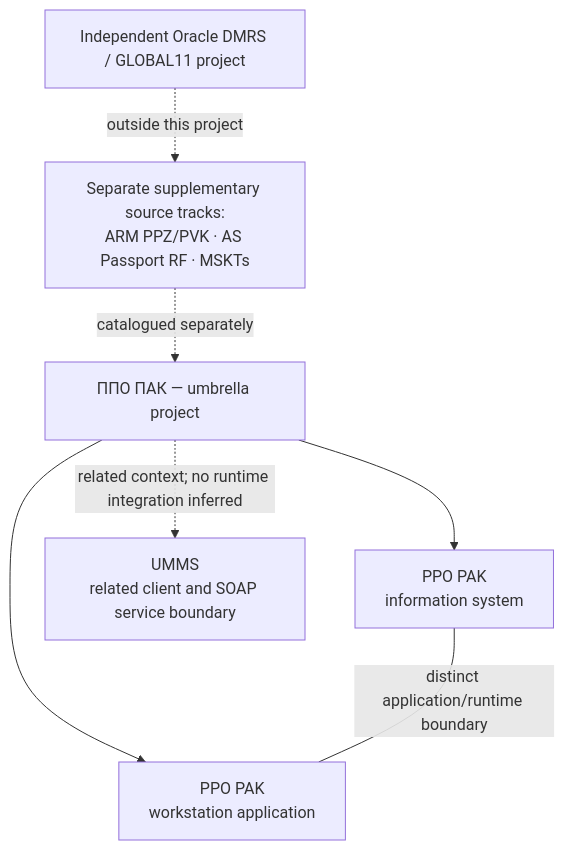
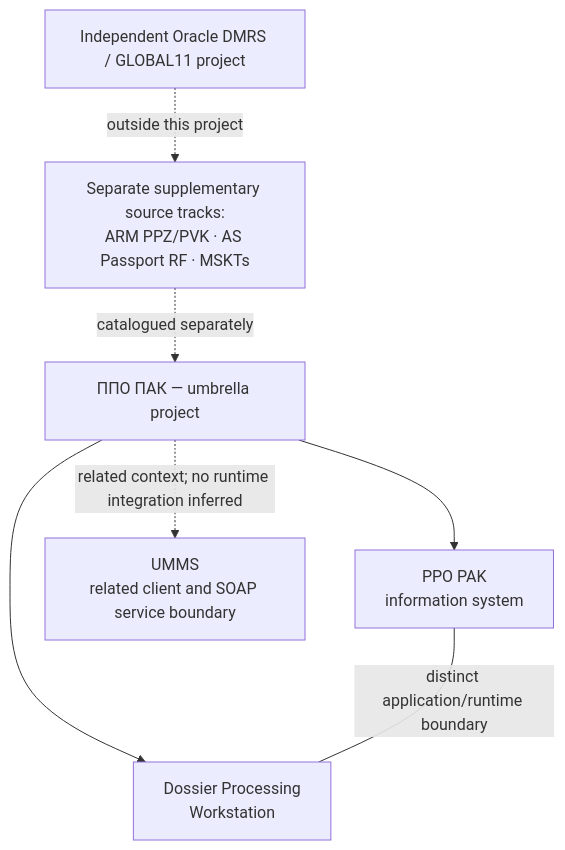
The first of 10 diagrams in materials/architecture/README.md (ekatmoz88-alt/territory-descriptor-unified), drawn with Mermaid before and after one commit. The commit also changed other lines of this file, not shown here.

Commit message:
Clarify Dossier Processing Workstation boundary

````diff
--- a/materials/architecture/README.md
+++ b/materials/architecture/README.md
@@ -30,15 +30,15 @@
 ```mermaid
 flowchart TB
   PROJECT["ППО ПАК — umbrella project"]
   TERR["PPO PAK<br/>information system"]
-  DESH["PPO PAK<br/>workstation application"]
+  DESH["Dossier Processing<br/>Workstation"]
   UMMS["UMMS<br/>related client and SOAP service boundary"]
   SUP["Separate supplementary source tracks:<br/>ARM PPZ/PVK · AS Passport RF · MSKTs"]
   ORACLE["Independent Oracle DMRS / GLOBAL11 project"]
   PROJECT --> TERR
   PROJECT --> DESH
   PROJECT -.->|"related context; no runtime integration inferred"| UMMS
   SUP -.->|"catalogued separately"| PROJECT
   ORACLE -.->|"outside this project"| SUP
   TERR ---|"distinct application/runtime boundary"| DESH
 ```
````
